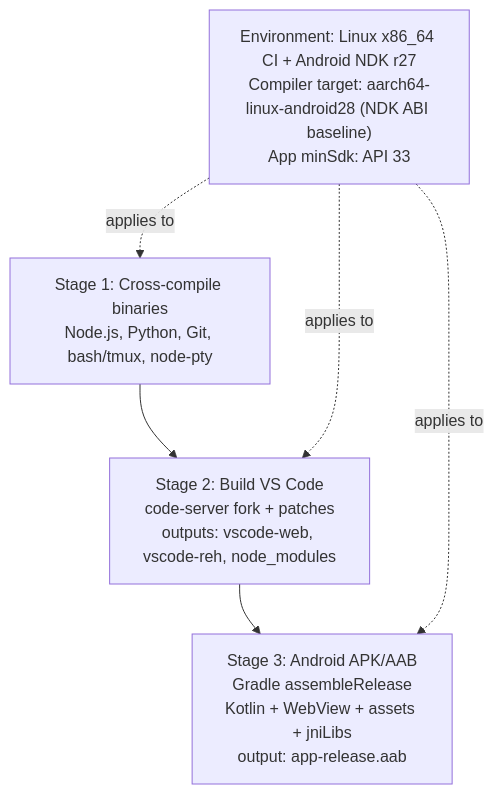
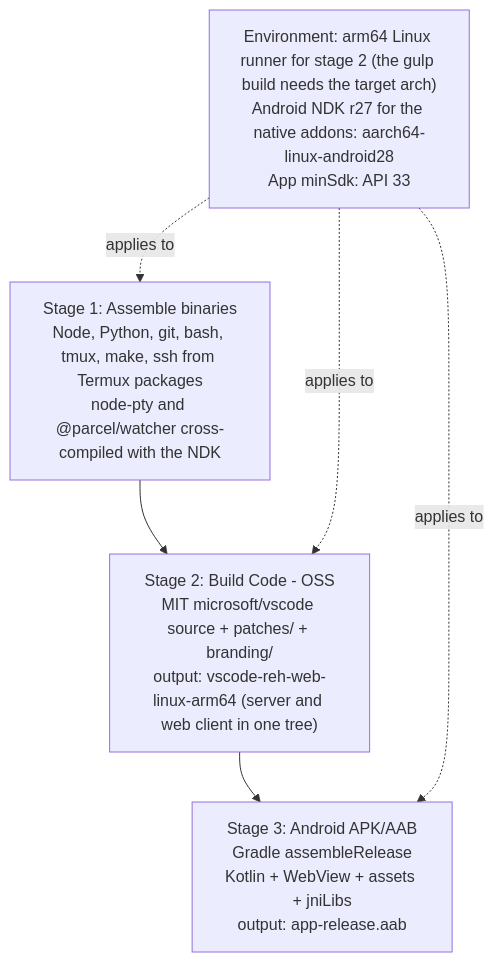
Before and after one commit to cuixinyuan666/vscodroid: the first of 6 diagrams in docs/04-TECHNICAL_SPEC.md, drawn with Mermaid. The commit also changed other lines of this file and 11 other files, not shown here.

````diff
--- a/docs/04-TECHNICAL_SPEC.md
+++ b/docs/04-TECHNICAL_SPEC.md
@@ -22,8 +21,8 @@
 ```mermaid
 flowchart TD
-  S1["Stage 1: Cross-compile binaries<br/>Node.js, Python, Git, bash/tmux, node-pty"] --> S2["Stage 2: Build VS Code<br/>code-server fork + patches<br/>outputs: vscode-web, vscode-reh, node_modules"]
+  S1["Stage 1: Assemble binaries<br/>Node, Python, git, bash, tmux, make, ssh from Termux packages<br/>node-pty and @parcel/watcher cross-compiled with the NDK"] --> S2["Stage 2: Build Code - OSS<br/>MIT microsoft/vscode source + patches/ + branding/<br/>output: vscode-reh-web-linux-arm64 (server and web client in one tree)"]
   S2 --> S3["Stage 3: Android APK/AAB<br/>Gradle assembleRelease<br/>Kotlin + WebView + assets + jniLibs<br/>output: app-release.aab"]
-  ENV["Environment: Linux x86_64 CI + Android NDK r27<br/>Compiler target: aarch64-linux-android28 (NDK ABI baseline)<br/>App minSdk: API 33"] -. applies to .-> S1
+  ENV["Environment: arm64 Linux runner for stage 2 (the gulp build needs the target arch)<br/>Android NDK r27 for the native addons: aarch64-linux-android28<br/>App minSdk: API 33"] -. applies to .-> S1
   ENV -. applies to .-> S2
   ENV -. applies to .-> S3
 ```
````
